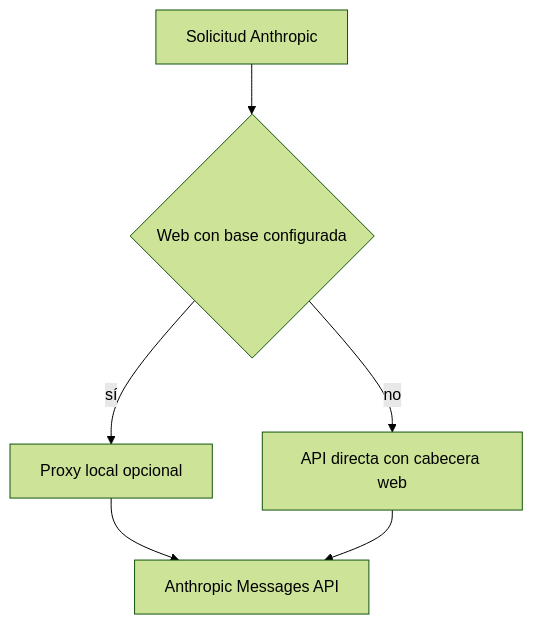
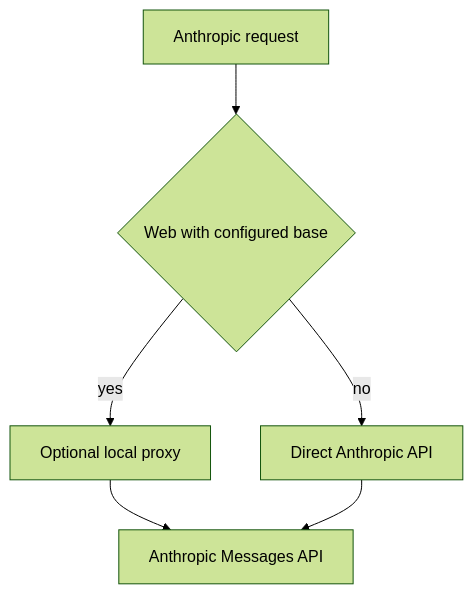
One commit to maximofn/gymnasia changed the second of 2 diagrams in openwiki/agent/provider-configuration.md. Above: the diagram before and after it, drawn with Mermaid (forest theme). The commit also changed other lines of this file and 54 other files, not shown here.

````diff
--- a/openwiki/agent/provider-configuration.md
+++ b/openwiki/agent/provider-configuration.md
@@ -139,8 +140,8 @@
 ```mermaid
 flowchart TD
-    Start["Solicitud Anthropic"] --> Web{"Web con base configurada"}
-    Web -->|"sí"| Proxy["Proxy local opcional"]
-    Proxy --> Api["Anthropic Messages API"]
-    Web -->|"no"| Directo["API directa con cabecera web"]
-    Directo --> Api
+    Request["Anthropic request"] --> Choice{"Web with configured base"}
+    Choice -->|"yes"| Proxy["Optional local proxy"]
+    Choice -->|"no"| Direct["Direct Anthropic API"]
+    Proxy --> Upstream["Anthropic Messages API"]
+    Direct --> Upstream
 ```
````
